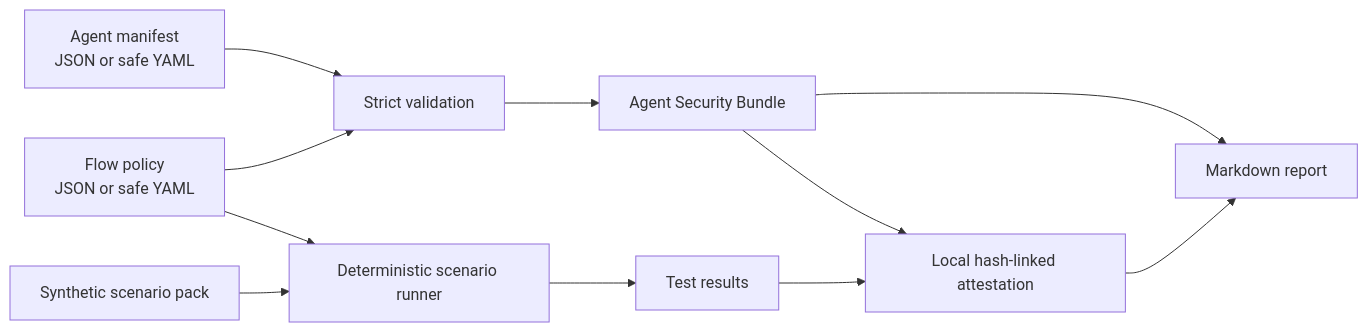
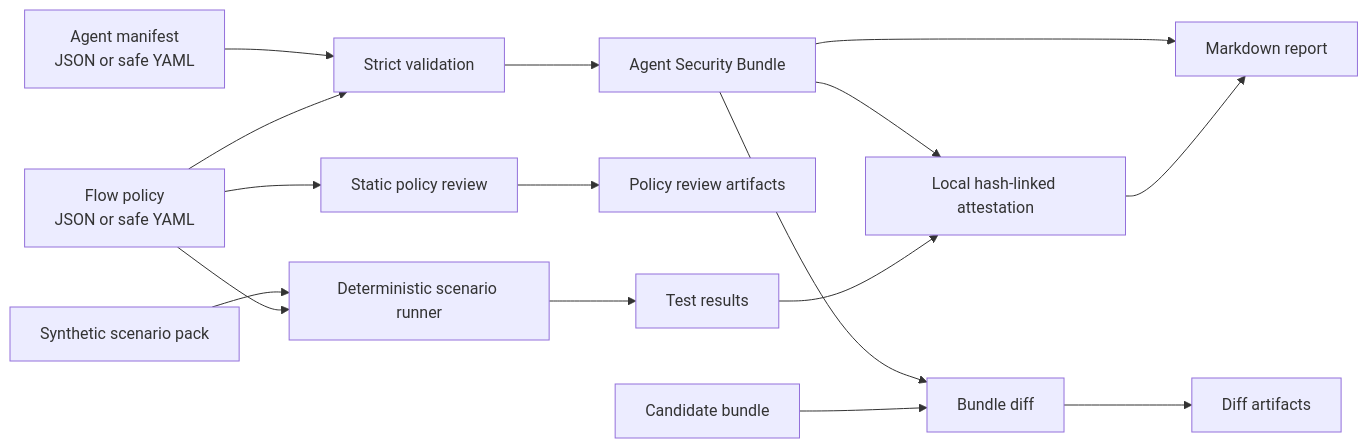
One commit to MohammadThabetHassan/trustweave changed the diagram in docs/ARCHITECTURE.md. Above: the diagram before and after it, drawn with Mermaid. The commit also changed other lines of this file and 7 other files, not shown here.

````diff
--- a/docs/ARCHITECTURE.md
+++ b/docs/ARCHITECTURE.md
@@ -9,13 +9,18 @@
 ```mermaid
 flowchart LR
     M[Agent manifest\nJSON or safe YAML] --> V[Strict validation]
     P[Flow policy\nJSON or safe YAML] --> V
     V --> B[Agent Security Bundle]
     B --> R[Markdown report]
+    P --> PR[Static policy review]
+    PR --> PRR[Policy review artifacts]
+    B --> D[Bundle diff]
+    B2[Candidate bundle] --> D
+    D --> DR[Diff artifacts]
     S[Synthetic scenario pack] --> T[Deterministic scenario runner]
     P --> T
     T --> TR[Test results]
     B --> A[Local hash-linked attestation]
     TR --> A
     A --> R
 ```
````
